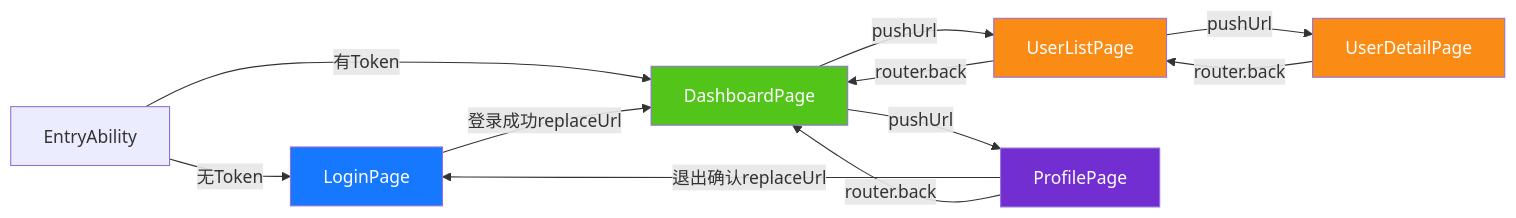
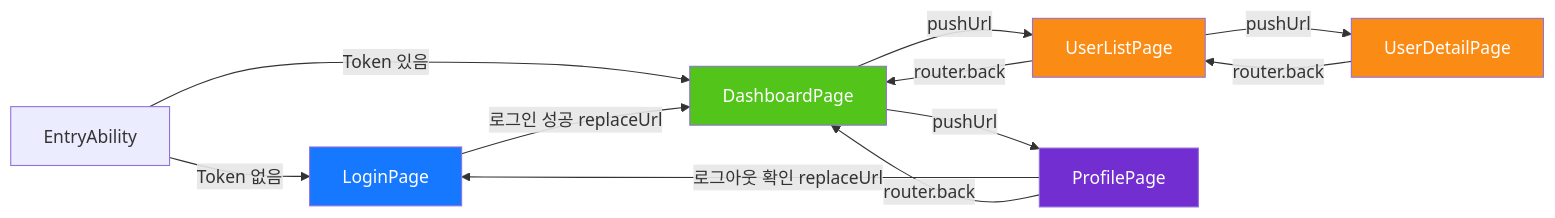
Before and after one commit to erikwang2013/game-platform-php: the second of 2 diagrams in admin/docs/diagrams/10-frontend-components.ko.md, drawn with Mermaid. The commit also changed other lines of this file and 211 other files, not shown here.

First line of the commit message:
fix: 支付配置读回类型根治、提现事件对账巡检，12 语族 mermaid 与 API 标签本地化

````diff
--- a/admin/docs/diagrams/10-frontend-components.ko.md
+++ b/admin/docs/diagrams/10-frontend-components.ko.md
@@ -35,24 +35,24 @@
 ```mermaid
 flowchart LR
     entry["EntryAbility"]
-    entry -->|"无Token"| loginH["LoginPage"]
-    entry -->|"有Token"| dashH["DashboardPage"]
+    entry -->|"Token 없음"| loginH["LoginPage"]
+    entry -->|"Token 있음"| dashH["DashboardPage"]
 
-    loginH -->|"登录成功replaceUrl"| dashH
+    loginH -->|"로그인 성공 replaceUrl"| dashH
 
     dashH -->|"pushUrl"| userList["UserListPage"]
     dashH -->|"pushUrl"| profile["ProfilePage"]
 
     userList -->|"pushUrl"| userDetail["UserDetailPage"]
     userList -->|"router.back"| dashH
     userDetail -->|"router.back"| userList
 
-    profile -->|"退出确认replaceUrl"| loginH
+    profile -->|"로그아웃 확인 replaceUrl"| loginH
     profile -->|"router.back"| dashH
 
     style loginH fill:#1677FF,color:#fff
     style dashH fill:#52C41A,color:#fff
     style userList fill:#FA8C16,color:#fff
     style userDetail fill:#FA8C16,color:#fff
     style profile fill:#722ED1,color:#fff
 ```
````
